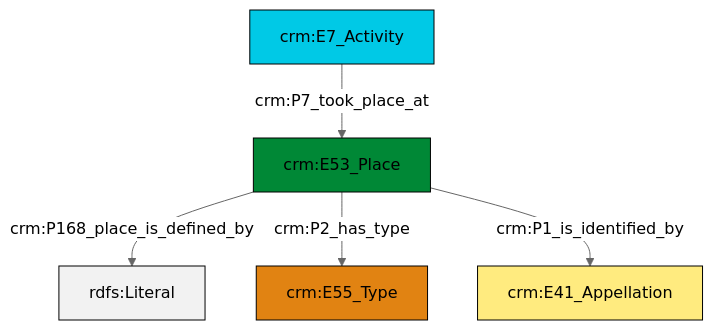
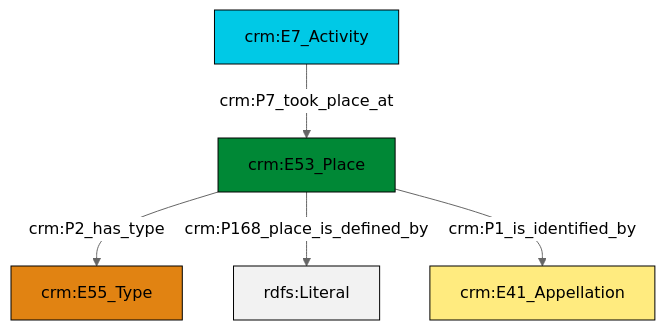
Before and after one commit to swiss-art-research-net/reference-data-models: the diagram in et/eventCSV/ttl/mmd/event_location.ttl.mmd, drawn with Mermaid (neutral theme). The commit also changed 165 other files, not shown here.

```diff
--- a/et/eventCSV/ttl/mmd/event_location.ttl.mmd
+++ b/et/eventCSV/ttl/mmd/event_location.ttl.mmd
@@ -1,19 +1,19 @@
 graph TD
 classDef Literal fill:#f2f2f2,stroke:#000000;
 classDef CRM_Entity fill:#FFFFFF,stroke:#000000;
 classDef Temporal_Entity fill:#00C9E6, stroke:#000000;
 classDef Type fill:#E18312, stroke:#000000;
 classDef Time-Span fill:#2C9C91, stroke:#000000;
 classDef Appellation fill:#FFEB7F, stroke:#000000;
 classDef Place fill:#008836, stroke:#000000;
 classDef Persistent_Item fill:#B266B2, stroke:#000000;
 classDef Conceptual_Object fill:#FFD700, stroke:#000000;
 classDef Physical_Thing fill:#D2B48C, stroke:#000000;
 classDef Actor fill:#f58aad, stroke:#000000;
 classDef PC_Classes fill:#4ce600, stroke:#000000;
 classDef Multi fill:#cccccc,stroke:#000000;
 
-0["crm:E7_Activity"]:::Temporal_Entity -->|crm:P7_took_place_at| 4["crm:E53_Place"]:::Place
-4["crm:E53_Place"]:::Place -->|crm:P168_place_is_defined_by| 8[rdfs:Literal]:::Literal
-4["crm:E53_Place"]:::Place -->|crm:P2_has_type| 6["crm:E55_Type"]:::Type
-4["crm:E53_Place"]:::Place -->|crm:P1_is_identified_by| 2["crm:E41_Appellation"]:::Appellation
+0["crm:E53_Place"]:::Place -->|crm:P2_has_type| 1["crm:E55_Type"]:::Type
+0["crm:E53_Place"]:::Place -->|crm:P168_place_is_defined_by| 2[rdfs:Literal]:::Literal
+0["crm:E53_Place"]:::Place -->|crm:P1_is_identified_by| 5["crm:E41_Appellation"]:::Appellation
+3["crm:E7_Activity"]:::Temporal_Entity -->|crm:P7_took_place_at| 0["crm:E53_Place"]:::Place
```
